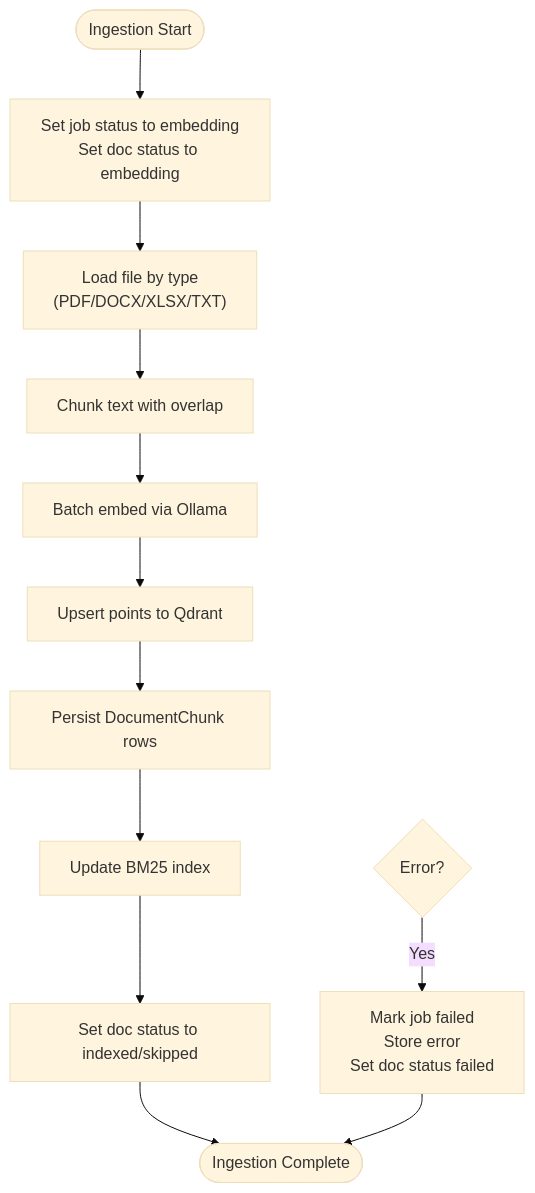
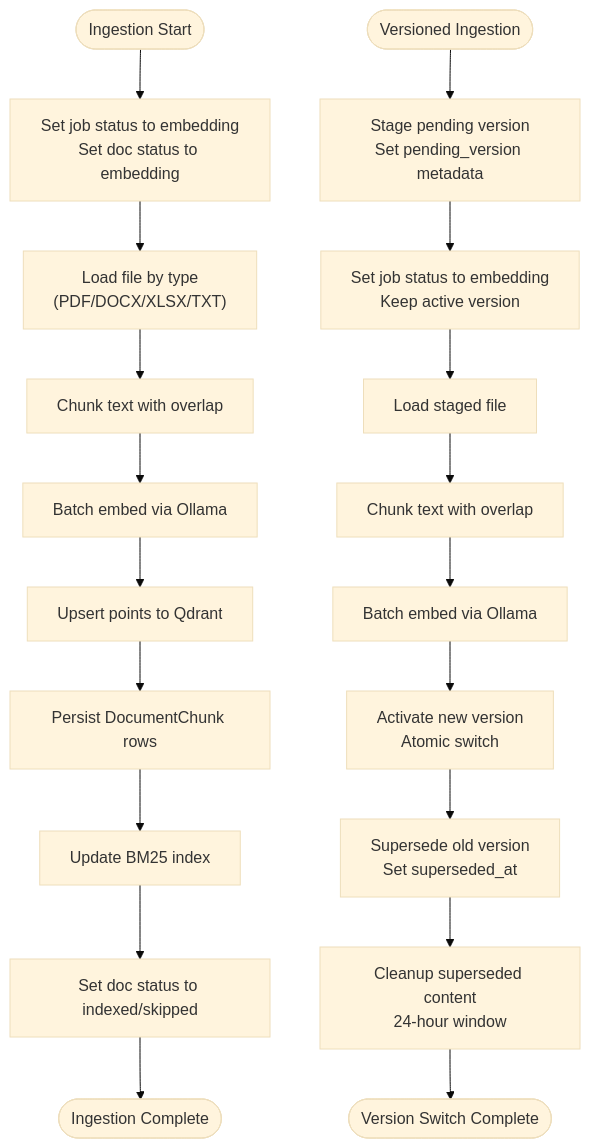
The third of 5 diagrams in .qoder/repowiki/en/content/API Reference/Administrative API/Document Management API.md (genes8/private-ai), drawn with Mermaid (base theme) before and after one commit. The commit also changed other lines of this file and 36 other files, not shown here.

````diff
--- a/.qoder/repowiki/en/content/API Reference/Administrative API/Document Management API.md
+++ b/.qoder/repowiki/en/content/API Reference/Administrative API/Document Management API.md
@@ -268,14 +356,21 @@
 ```mermaid
 flowchart TD
 Start(["Ingestion Start"]) --> SetStatus["Set job status to embedding<br/>Set doc status to embedding"]
 SetStatus --> Load["Load file by type<br/>(PDF/DOCX/XLSX/TXT)"]
 Load --> Chunk["Chunk text with overlap"]
 Chunk --> Embed["Batch embed via Ollama"]
 Embed --> Upsert["Upsert points to Qdrant"]
 Upsert --> Persist["Persist DocumentChunk rows"]
 Persist --> UpdateBM25["Update BM25 index"]
 UpdateBM25 --> Finalize["Set doc status to indexed/skipped"]
 Finalize --> End(["Ingestion Complete"])
-error_occurs{"Error?"} --> |Yes| FailPath["Mark job failed<br/>Store error<br/>Set doc status failed"]
-FailPath --> End
+StartV(["Versioned Ingestion"]) --> StagePending["Stage pending version<br/>Set pending_version metadata"]
+StagePending --> SetStatusV["Set job status to embedding<br/>Keep active version"]
+SetStatusV --> LoadV["Load staged file"]
+LoadV --> ChunkV["Chunk text with overlap"]
+ChunkV --> EmbedV["Batch embed via Ollama"]
+EmbedV --> Activate["Activate new version<br/>Atomic switch"]
+Activate --> Supersede["Supersede old version<br/>Set superseded_at"]
+Supersede --> Cleanup["Cleanup superseded content<br/>24-hour window"]
+Cleanup --> EndV(["Version Switch Complete"])
 ```
````
